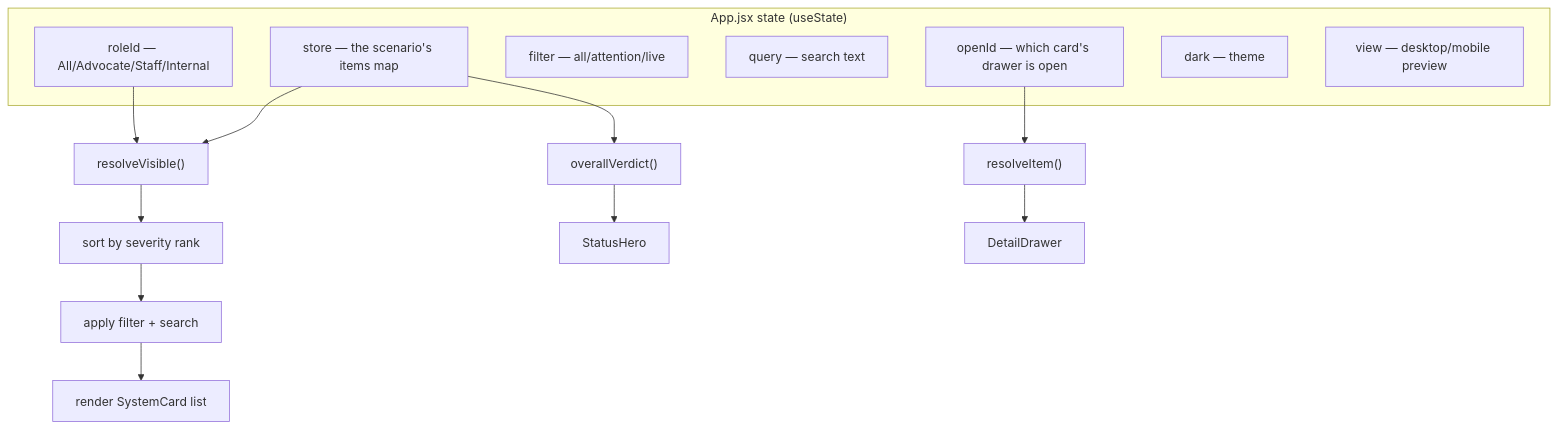
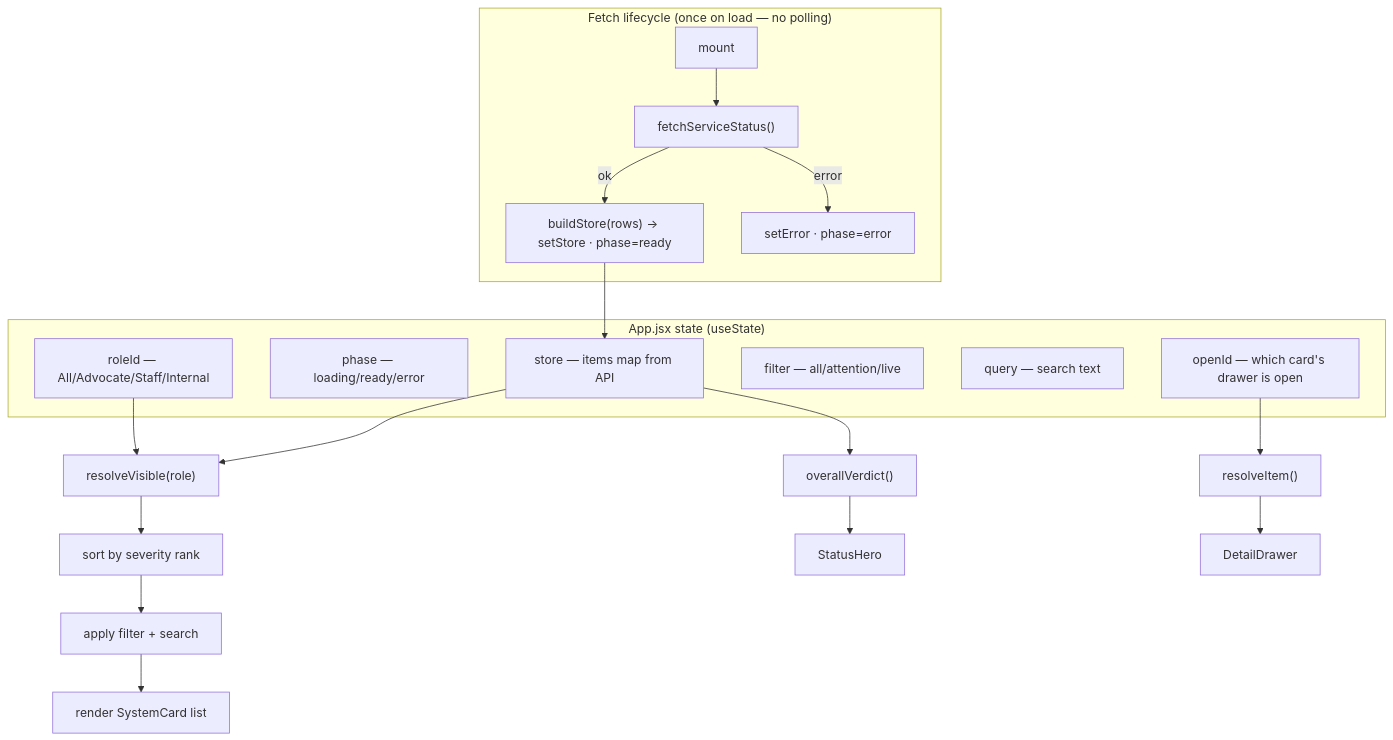
The sixth of 9 diagrams in PROJECT_GUIDE.md (pucardotorg/public-health-dashboard), drawn with Mermaid before and after one commit. The commit also changed other lines of this file and 16 other files, not shown here.

````diff
--- a/PROJECT_GUIDE.md
+++ b/PROJECT_GUIDE.md
@@ -264,21 +299,24 @@
 ```mermaid
 flowchart TD
+    subgraph LOAD["Fetch lifecycle (once on load — no polling)"]
+        MOUNT["mount"] --> FETCH["fetchServiceStatus()"]
+        FETCH -->|ok| BUILD["buildStore(rows) → setStore · phase=ready"]
+        FETCH -->|error| ERR["setError · phase=error"]
+    end
     subgraph APP["App.jsx state (useState)"]
-        store["store — the scenario's items map"]
+        store["store — items map from API"]
+        phase["phase — loading/ready/error"]
         role["roleId — All/Advocate/Staff/Internal"]
         filter["filter — all/attention/live"]
         query["query — search text"]
         openId["openId — which card's drawer is open"]
-        dark["dark — theme"]
-        view["view — desktop/mobile preview"]
     end
-
-    store --> R["resolveVisible()"]
+    BUILD --> store
+    store --> R["resolveVisible(role)"]
     role --> R
     R --> sorted["sort by severity rank"]
     sorted --> filtered["apply filter + search"]
     filtered --> CARDS["render SystemCard list"]
-
     store --> V["overallVerdict()"] --> HERO["StatusHero"]
     openId --> RI["resolveItem()"] --> DRAWER["DetailDrawer"]
 ```
````
